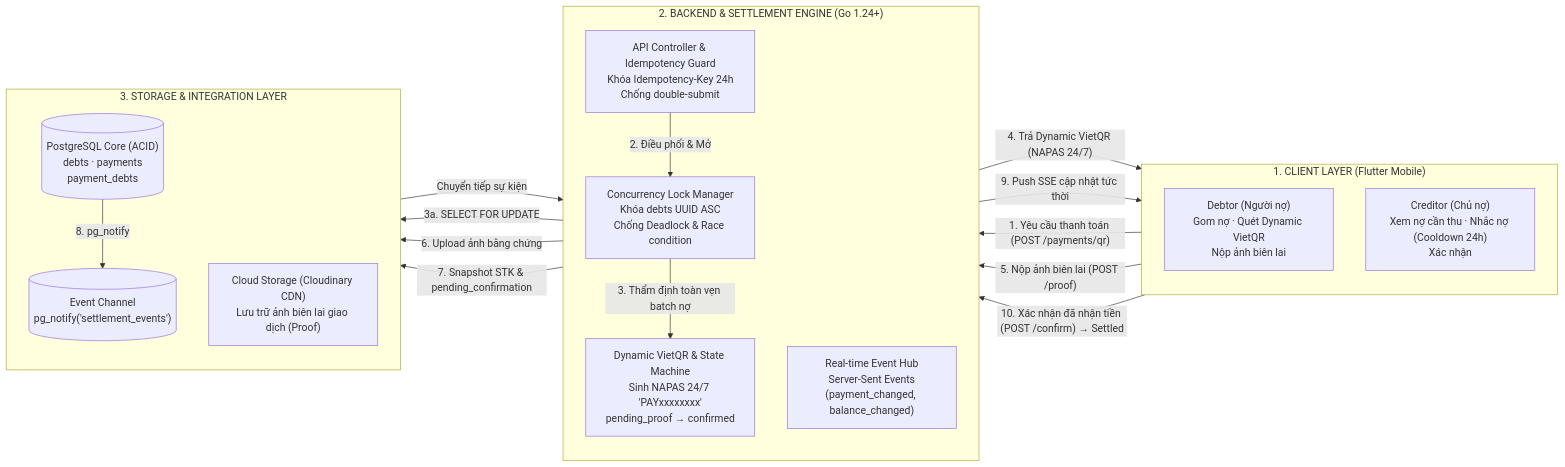
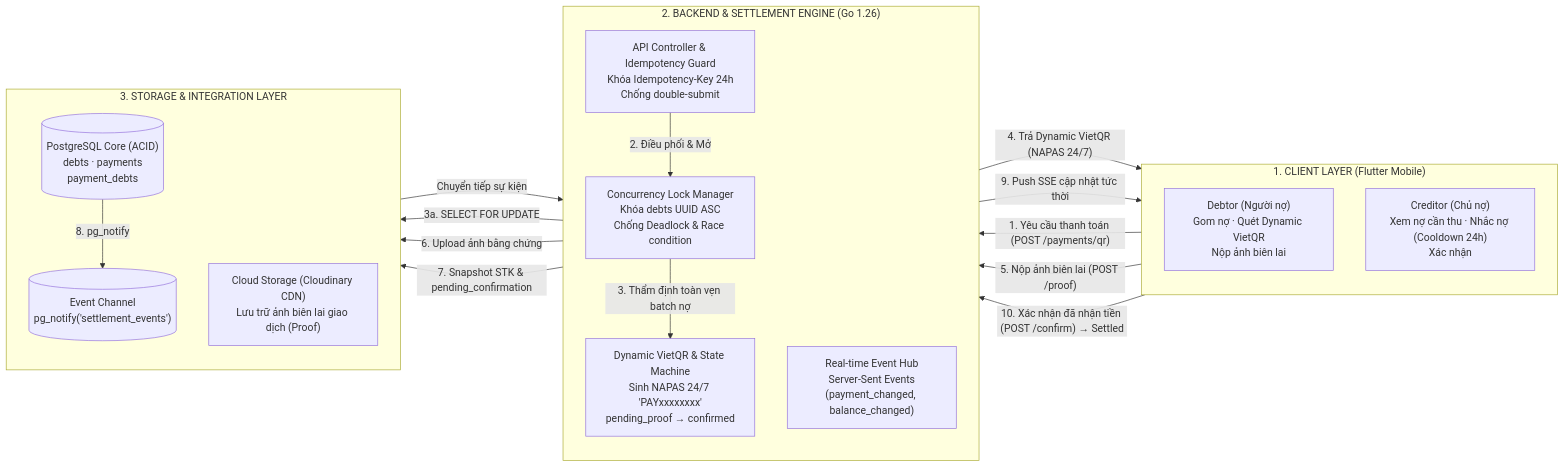
The fifth of 6 diagrams in Report/BaoCao_ThuViec_PaySplit.md (FintechVSF-Tranning/PaySplit-RP), drawn with Mermaid before and after one commit. The commit also changed other lines of this file and 8 other files, not shown here.

````diff
--- a/Report/BaoCao_ThuViec_PaySplit.md
+++ b/Report/BaoCao_ThuViec_PaySplit.md
@@ -223,36 +224,36 @@
 ```mermaid
 flowchart LR
     subgraph Client ["1. CLIENT LAYER (Flutter Mobile)"]
         direction TB
         Debtor["Debtor (Người nợ)<br/>Gom nợ · Quét Dynamic VietQR<br/>Nộp ảnh biên lai"]
         Creditor["Creditor (Chủ nợ)<br/>Xem nợ cần thu · Nhắc nợ (Cooldown 24h)<br/>Xác nhận"]
     end
 
-    subgraph BackendSettlement ["2. BACKEND & SETTLEMENT ENGINE (Go 1.24+)"]
+    subgraph BackendSettlement ["2. BACKEND & SETTLEMENT ENGINE (Go 1.26)"]
         direction TB
         APIController["API Controller &amp; Idempotency Guard<br/>Khóa Idempotency-Key 24h<br/>Chống double-submit"]
         LockManager["Concurrency Lock Manager<br/>Khóa debts UUID ASC<br/>Chống Deadlock &amp; Race condition"]
         VietQRMachine["Dynamic VietQR &amp; State Machine<br/>Sinh NAPAS 24/7 'PAYxxxxxxxx'<br/>pending_proof → confirmed"]
         RealtimeHub["Real-time Event Hub<br/>Server-Sent Events<br/>(payment_changed, balance_changed)"]
     end
 
     subgraph StorageLayer ["3. STORAGE & INTEGRATION LAYER"]
         direction TB
         PostgresCore[("PostgreSQL Core (ACID)<br/>debts · payments<br/>payment_debts")]
         EventChannel[("Event Channel<br/>pg_notify('settlement_events')")]
         CloudStore["Cloud Storage (Cloudinary CDN)<br/>Lưu trữ ảnh biên lai giao dịch (Proof)"]
     end
 
     Debtor -->|"1. Yêu cầu thanh toán (POST /payments/qr)"| APIController
     APIController -->|"2. Điều phối &amp; Mở"| LockManager
     LockManager -->|"3. Thẩm định toàn vẹn batch nợ"| VietQRMachine
     LockManager -->|"3a. SELECT FOR UPDATE"| PostgresCore
     VietQRMachine -->|"4. Trả Dynamic VietQR (NAPAS 24/7)"| Debtor
     Debtor -->|"5. Nộp ảnh biên lai (POST /proof)"| APIController
     APIController -->|"6. Upload ảnh bằng chứng"| CloudStore
     VietQRMachine -->|"7. Snapshot STK &amp; pending_confirmation"| PostgresCore
     PostgresCore -->|"8. pg_notify"| EventChannel
     EventChannel -->|"Chuyển tiếp sự kiện"| RealtimeHub
     RealtimeHub -->|"9. Push SSE cập nhật tức thời"| Debtor
     Creditor -->|"10. Xác nhận đã nhận tiền (POST /confirm) → Settled"| APIController
 ```
````
